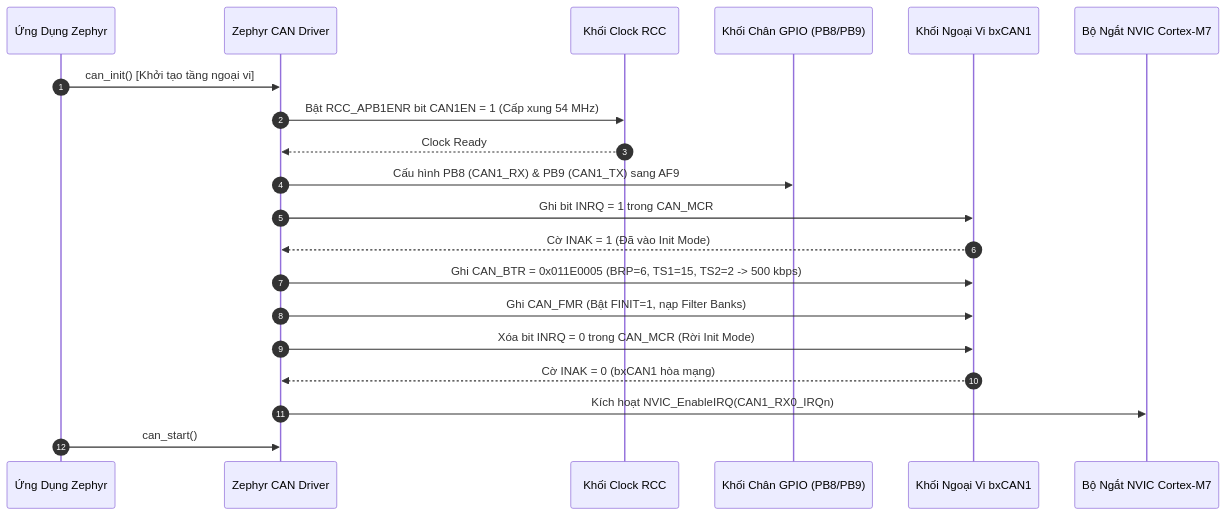
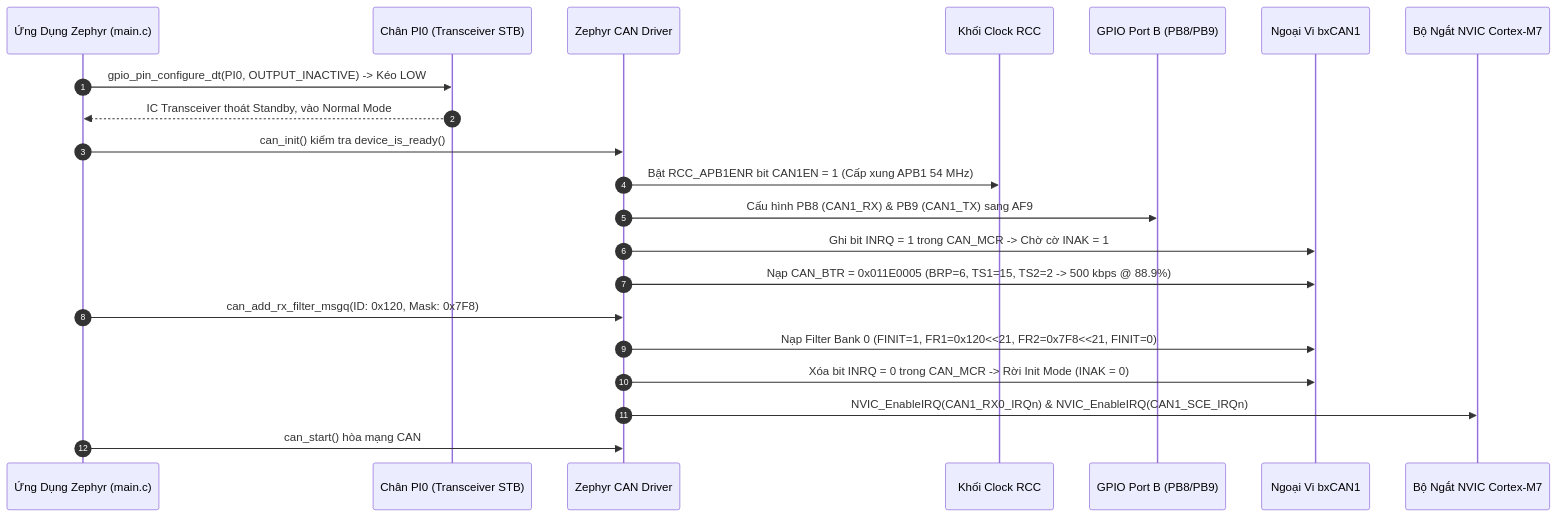
Before and after one commit to HuynhTran112/source: the second of 4 diagrams in project1_can_gateway_interview.md, drawn with Mermaid. The commit also changed other lines of this file, not shown here.

````diff
--- a/project1_can_gateway_interview.md
+++ b/project1_can_gateway_interview.md
@@ -545,23 +639,24 @@
 ```mermaid
 sequenceDiagram
     autonumber
-    participant App as Ứng Dụng Zephyr
+    participant App as Ứng Dụng Zephyr (main.c)
+    participant STB as Chân PI0 (Transceiver STB)
     participant Z_CAN as Zephyr CAN Driver
     participant RCC as Khối Clock RCC
-    participant GPIO as Khối Chân GPIO (PB8/PB9)
-    participant bxCAN as Khối Ngoại Vi bxCAN1
+    participant GPIO as GPIO Port B (PB8/PB9)
+    participant bxCAN as Ngoại Vi bxCAN1
     participant NVIC as Bộ Ngắt NVIC Cortex-M7
 
-    App->>Z_CAN: can_init() [Khởi tạo tầng ngoại vi]
-    Z_CAN->>RCC: Bật RCC_APB1ENR bit CAN1EN = 1 (Cấp xung 54 MHz)
-    RCC-->>Z_CAN: Clock Ready
+    App->>STB: gpio_pin_configure_dt(PI0, OUTPUT_INACTIVE) -> Kéo LOW
+    STB-->>App: IC Transceiver thoát Standby, vào Normal Mode
+    App->>Z_CAN: can_init() kiểm tra device_is_ready()
+    Z_CAN->>RCC: Bật RCC_APB1ENR bit CAN1EN = 1 (Cấp xung APB1 54 MHz)
     Z_CAN->>GPIO: Cấu hình PB8 (CAN1_RX) & PB9 (CAN1_TX) sang AF9
-    Z_CAN->>bxCAN: Ghi bit INRQ = 1 trong CAN_MCR
-    bxCAN-->>Z_CAN: Cờ INAK = 1 (Đã vào Init Mode)
-    Z_CAN->>bxCAN: Ghi CAN_BTR = 0x011E0005 (BRP=6, TS1=15, TS2=2 -> 500 kbps)
-    Z_CAN->>bxCAN: Ghi CAN_FMR (Bật FINIT=1, nạp Filter Banks)
-    Z_CAN->>bxCAN: Xóa bit INRQ = 0 trong CAN_MCR (Rời Init Mode)
-    bxCAN-->>Z_CAN: Cờ INAK = 0 (bxCAN1 hòa mạng)
-    Z_CAN->>NVIC: Kích hoạt NVIC_EnableIRQ(CAN1_RX0_IRQn)
-    App->>Z_CAN: can_start()
+    Z_CAN->>bxCAN: Ghi bit INRQ = 1 trong CAN_MCR -> Chờ cờ INAK = 1
+    Z_CAN->>bxCAN: Nạp CAN_BTR = 0x011E0005 (BRP=6, TS1=15, TS2=2 -> 500 kbps @ 88.9%)
+    App->>Z_CAN: can_add_rx_filter_msgq(ID: 0x120, Mask: 0x7F8)
+    Z_CAN->>bxCAN: Nạp Filter Bank 0 (FINIT=1, FR1=0x120<<21, FR2=0x7F8<<21, FINIT=0)
+    Z_CAN->>bxCAN: Xóa bit INRQ = 0 trong CAN_MCR -> Rời Init Mode (INAK = 0)
+    Z_CAN->>NVIC: NVIC_EnableIRQ(CAN1_RX0_IRQn) & NVIC_EnableIRQ(CAN1_SCE_IRQn)
+    App->>Z_CAN: can_start() hòa mạng CAN
 ```
````
